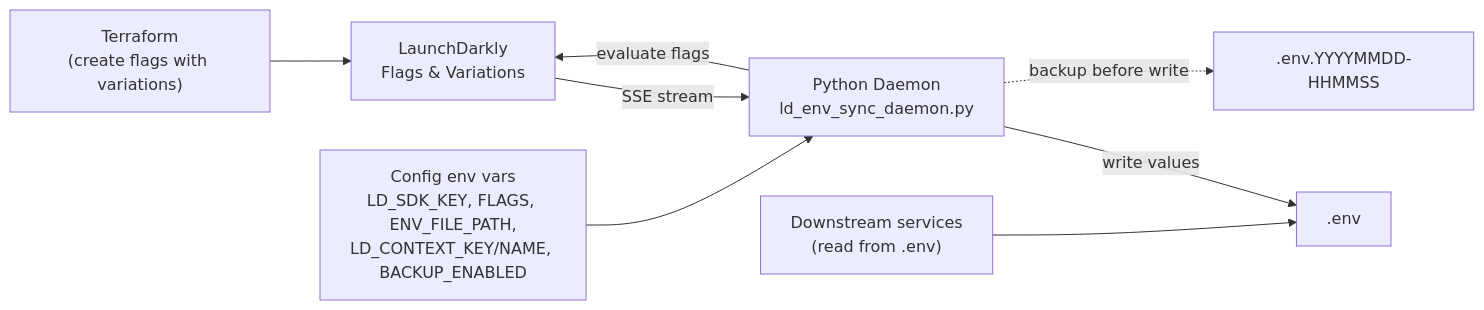
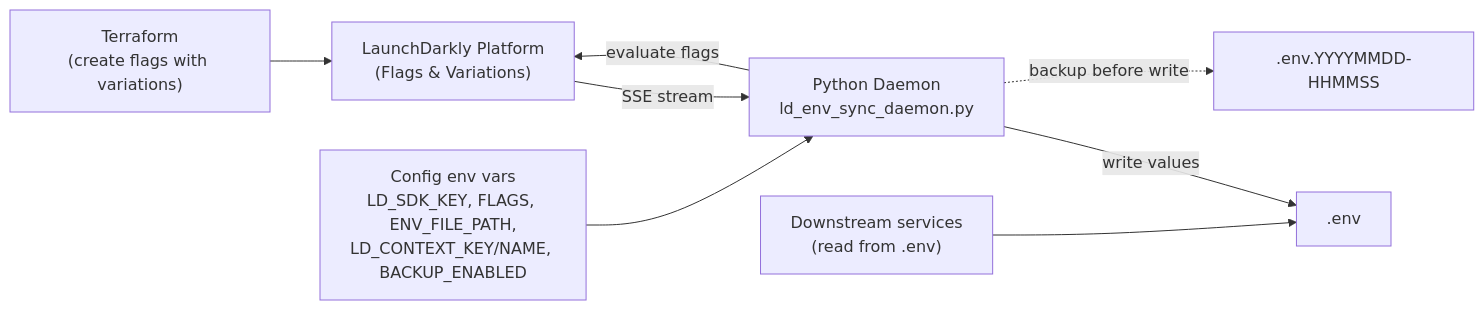
One commit to TanSiHao/infra-remote-config-daemon changed the first of 3 diagrams in README.md. Above: the diagram before and after it, drawn with Mermaid.

Commit message:
docs: rename LD node to 'LaunchDarkly Platform (Flags & Variations)' with line break

````diff
--- a/README.md
+++ b/README.md
@@ -73,10 +73,10 @@
 ```mermaid
 flowchart LR
-  TF["Terraform<br/>(create flags with variations)"] --> LD["LaunchDarkly<br/>Flags & Variations"]
+  TF["Terraform<br/>(create flags with variations)"] --> LD["LaunchDarkly Platform<br/>(Flags & Variations)"]
   LD -->|SSE stream| Daemon["Python Daemon<br/>ld_env_sync_daemon.py"]
   Config["Config env vars<br/>LD_SDK_KEY, FLAGS, ENV_FILE_PATH,<br/>LD_CONTEXT_KEY/NAME, BACKUP_ENABLED"] --> Daemon
   Daemon -->|evaluate flags| LD
   Daemon -->|write values| ENV[".env"]
   Daemon -. backup before write .-> Backup[".env.YYYYMMDD-HHMMSS"]
   Apps["Downstream services<br/>(read from .env)"] --> ENV
 ```
````
